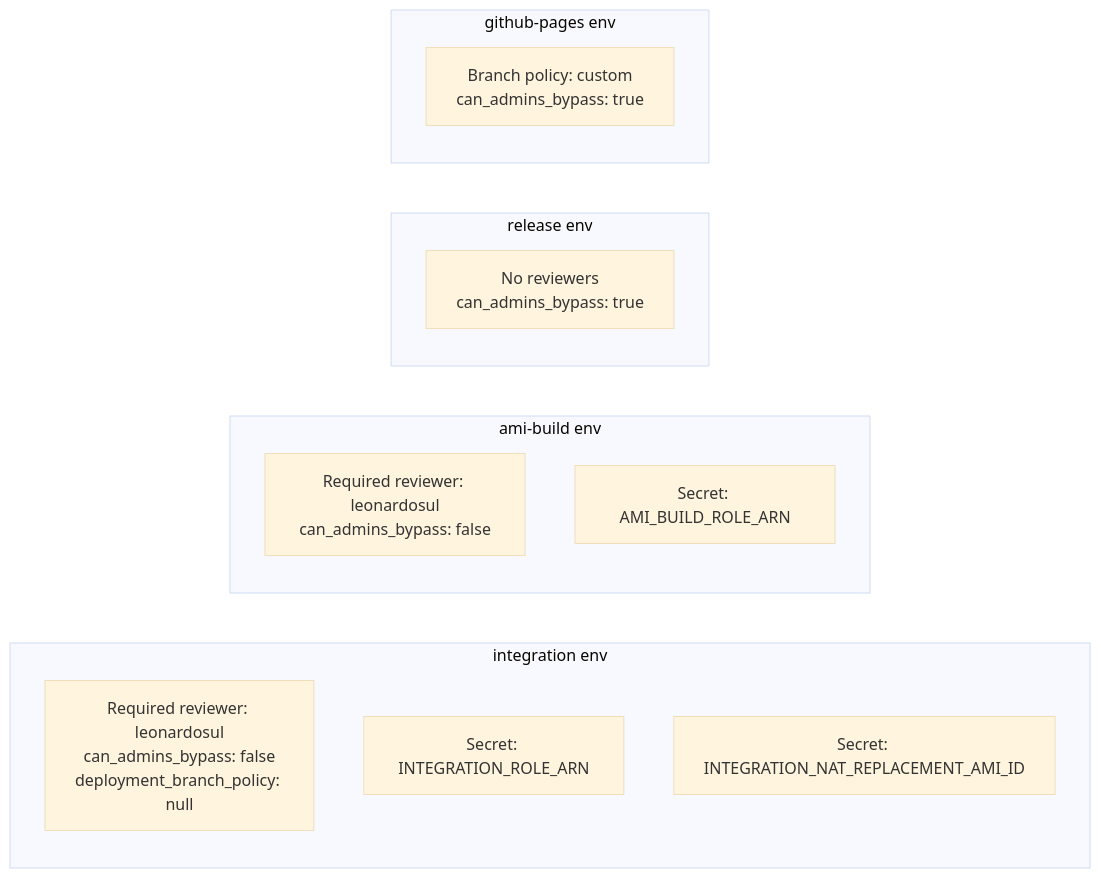
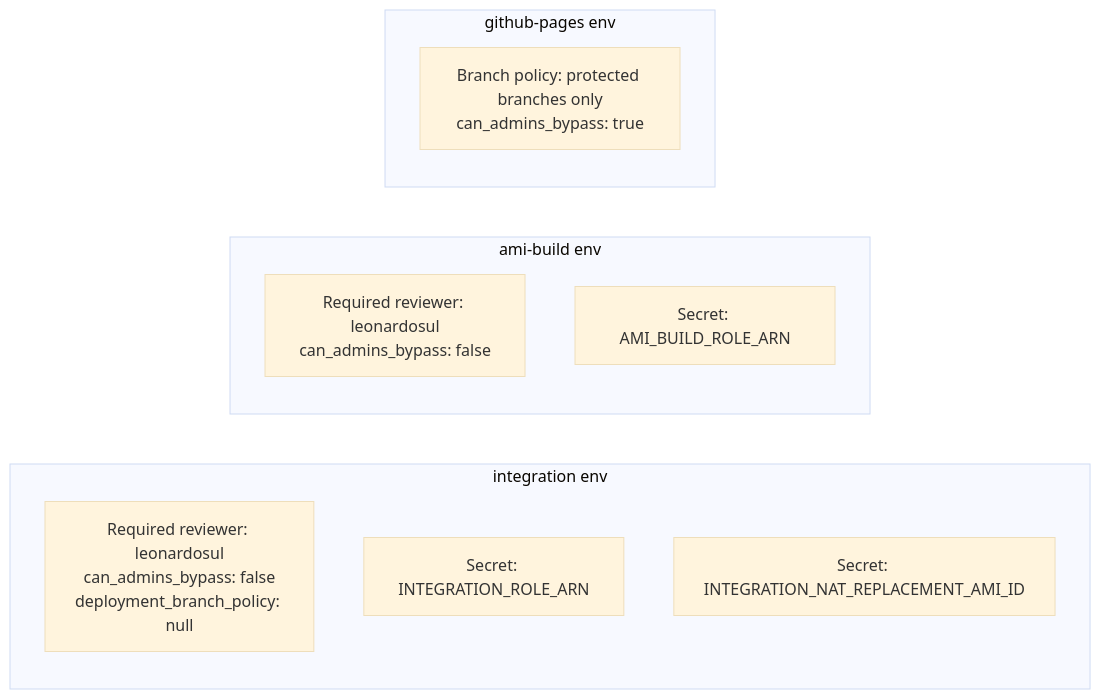
Before and after one commit to MachineDotDev/nat-zero: the second of 12 diagrams in docs/workflows.md, drawn with Mermaid (base theme). The commit also changed other lines of this file and 7 other files, not shown here.

````diff
--- a/docs/workflows.md
+++ b/docs/workflows.md
@@ -55,18 +55,15 @@
 ```mermaid
 graph LR
     subgraph integration ["integration env"]
         IR[Required reviewer: leonardosul<br/>can_admins_bypass: false<br/>deployment_branch_policy: null]
         IS[Secret: INTEGRATION_ROLE_ARN]
         IRS[Secret: INTEGRATION_NAT_REPLACEMENT_AMI_ID]
     end
     subgraph amibuild ["ami-build env"]
         AR[Required reviewer: leonardosul<br/>can_admins_bypass: false]
         AS[Secret: AMI_BUILD_ROLE_ARN]
     end
-    subgraph release ["release env"]
-        RLR[No reviewers<br/>can_admins_bypass: true]
-    end
     subgraph pages ["github-pages env"]
-        GPR[Branch policy: custom<br/>can_admins_bypass: true]
+        GPR[Branch policy: protected branches only<br/>can_admins_bypass: true]
     end
 ```
````
